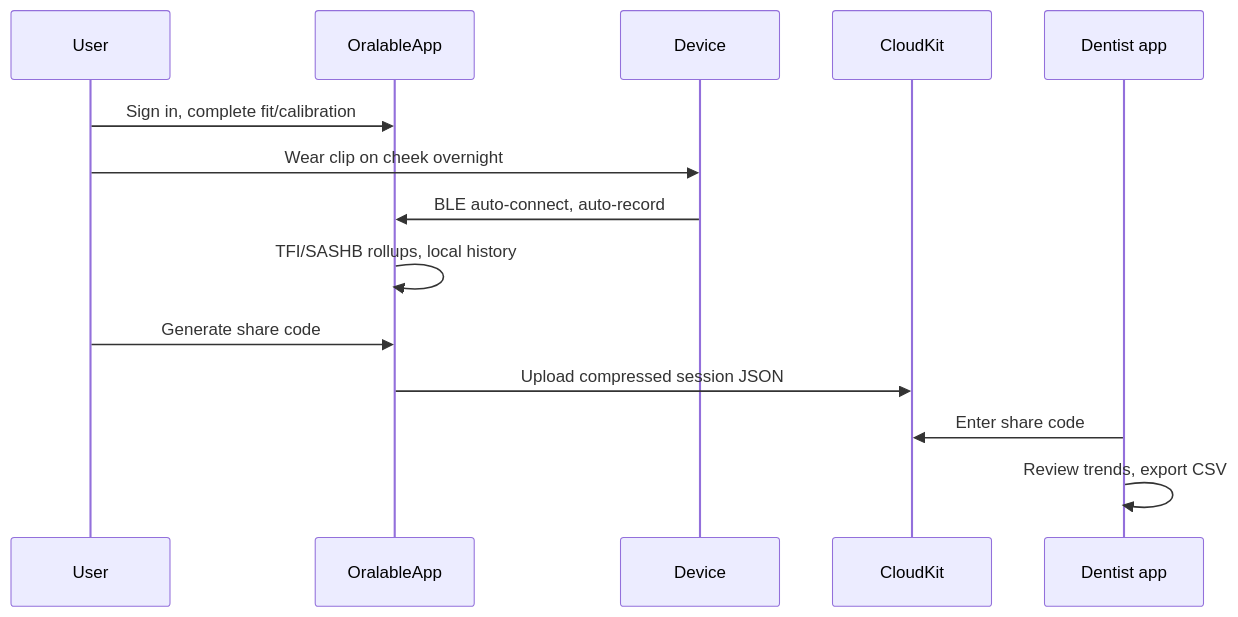
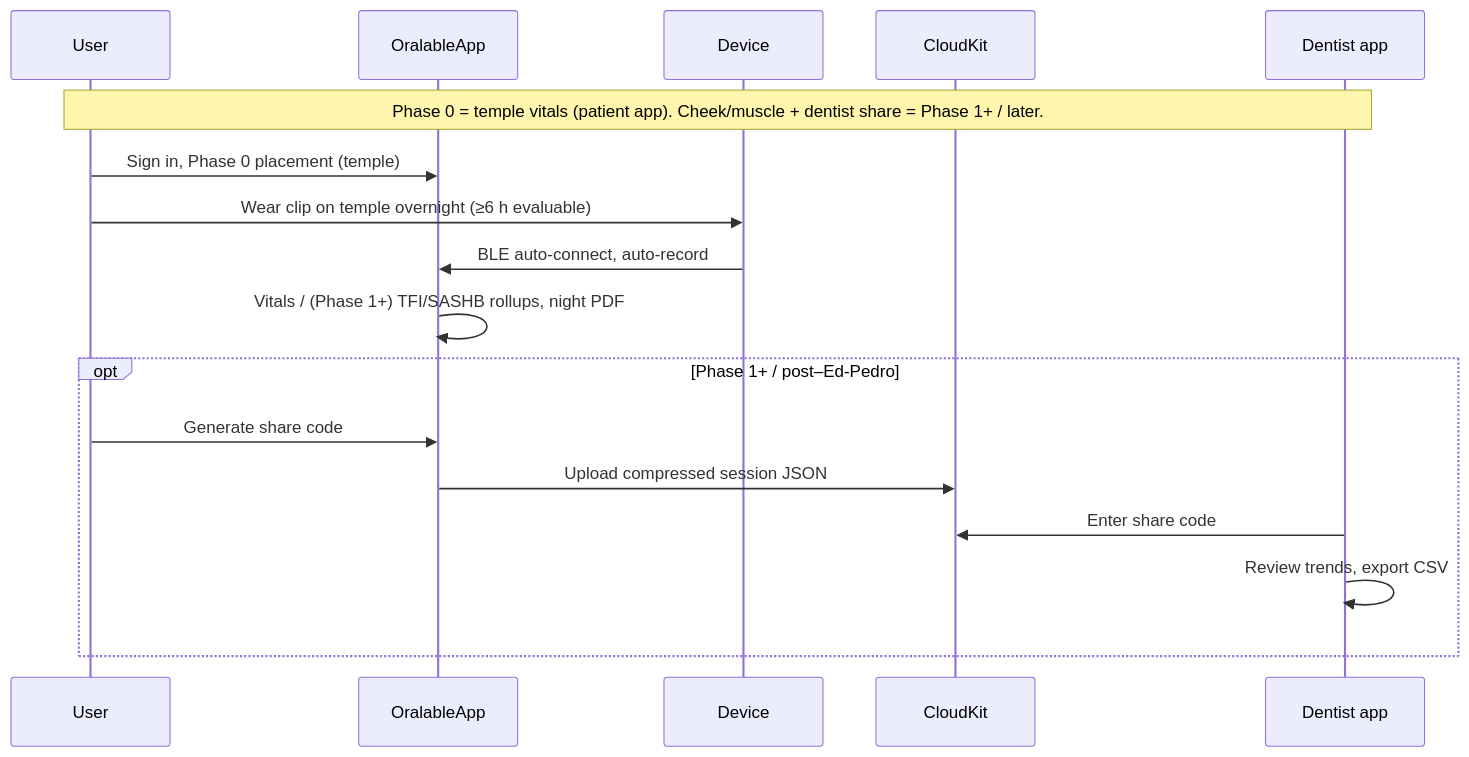
The diagram in docs/data_room/ORALABLE_FTS_36MO.md (johnacogan67/cursor_oralable), drawn with Mermaid before and after one commit. The commit also changed other lines of this file and 33 other files, not shown here.

First line of the commit message:
Align docs to canonical development timeline and ship overnight night-report pack.

````diff
--- a/docs/data_room/ORALABLE_FTS_36MO.md
+++ b/docs/data_room/ORALABLE_FTS_36MO.md
@@ -190,17 +190,20 @@
 ```mermaid
 sequenceDiagram
     participant U as User
     participant A as OralableApp
     participant D as Device
     participant CK as CloudKit
     participant P as Dentist app
 
-    U->>A: Sign in, complete fit/calibration
-    U->>D: Wear clip on cheek overnight
+    Note over U,P: Phase 0 = temple vitals (patient app). Cheek/muscle + dentist share = Phase 1+ / later.
+    U->>A: Sign in, Phase 0 placement (temple)
+    U->>D: Wear clip on temple overnight (≥6 h evaluable)
     D->>A: BLE auto-connect, auto-record
-    A->>A: TFI/SASHB rollups, local history
-    U->>A: Generate share code
-    A->>CK: Upload compressed session JSON
-    P->>CK: Enter share code
-    P->>P: Review trends, export CSV
+    A->>A: Vitals / (Phase 1+) TFI/SASHB rollups, night PDF
+    opt Phase 1+ / post–Ed-Pedro
+      U->>A: Generate share code
+      A->>CK: Upload compressed session JSON
+      P->>CK: Enter share code
+      P->>P: Review trends, export CSV
+    end
 ```
````
